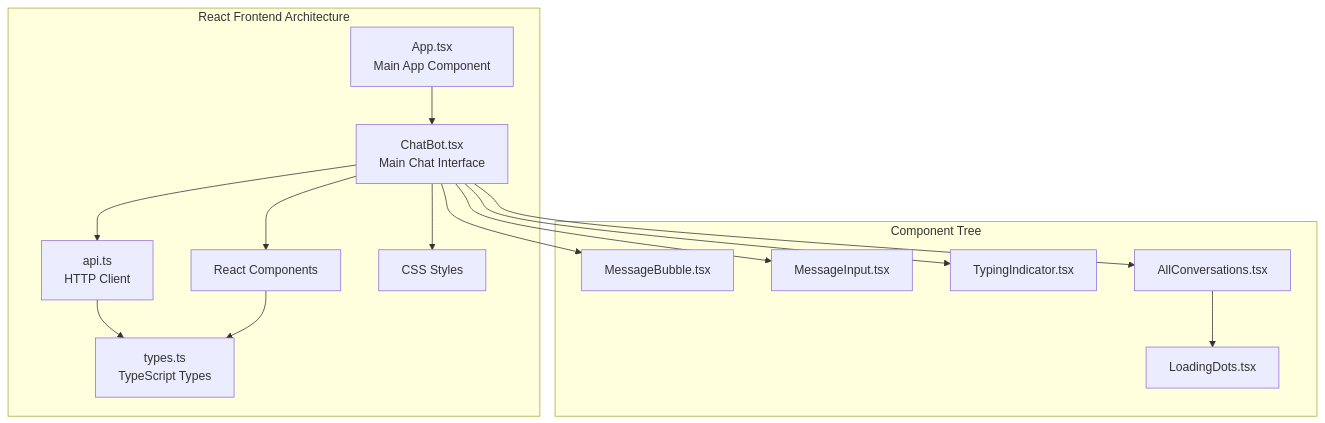
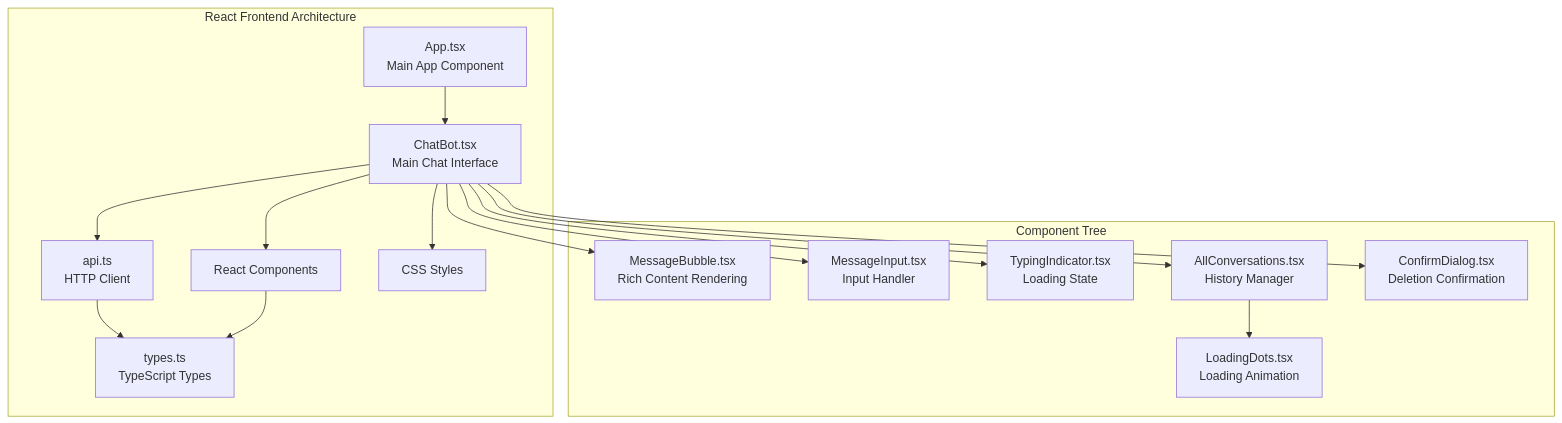
One commit to VimeansethThorng/fastapi-react-typescript-chatbot changed the first of 4 diagrams in frontend.md. Above: the diagram before and after it, drawn with Mermaid. The commit also changed other lines of this file and 5 other files, not shown here.

First line of the commit message:
📝 Update all documentation files with enhanced content and modern formatting

````diff
--- a/frontend.md
+++ b/frontend.md
@@ -9,26 +9,27 @@
 ```mermaid
 graph TB
     subgraph "React Frontend Architecture"
         APP[App.tsx<br/>Main App Component]
         CHATBOT[ChatBot.tsx<br/>Main Chat Interface]
         COMPONENTS[React Components]
         API[api.ts<br/>HTTP Client]
         TYPES[types.ts<br/>TypeScript Types]
         STYLES[CSS Styles]
         
         APP --> CHATBOT
         CHATBOT --> COMPONENTS
         CHATBOT --> API
         API --> TYPES
         COMPONENTS --> TYPES
         CHATBOT --> STYLES
     end
     
     subgraph "Component Tree"
-        CHATBOT --> MESSAGEBUBBLE[MessageBubble.tsx]
-        CHATBOT --> MESSAGEINPUT[MessageInput.tsx]
-        CHATBOT --> TYPINGINDICATOR[TypingIndicator.tsx]
-        CHATBOT --> ALLCONVERSATIONS[AllConversations.tsx]
-        ALLCONVERSATIONS --> LOADINGDOTS[LoadingDots.tsx]
+        CHATBOT --> MESSAGEBUBBLE[MessageBubble.tsx<br/>Rich Content Rendering]
+        CHATBOT --> MESSAGEINPUT[MessageInput.tsx<br/>Input Handler]
+        CHATBOT --> TYPINGINDICATOR[TypingIndicator.tsx<br/>Loading State]
+        CHATBOT --> ALLCONVERSATIONS[AllConversations.tsx<br/>History Manager]
+        ALLCONVERSATIONS --> LOADINGDOTS[LoadingDots.tsx<br/>Loading Animation]
+        CHATBOT --> CONFIRMDIALOG[ConfirmDialog.tsx<br/>Deletion Confirmation]
     end
 ```
````
